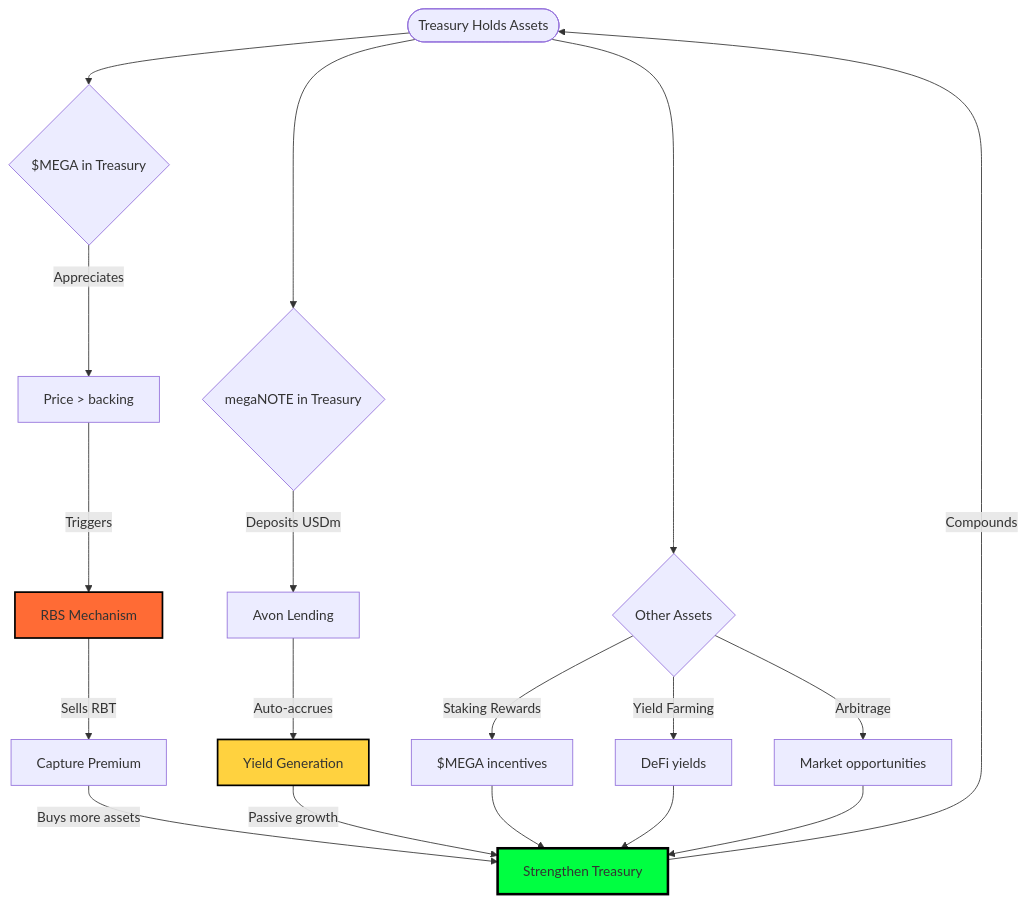
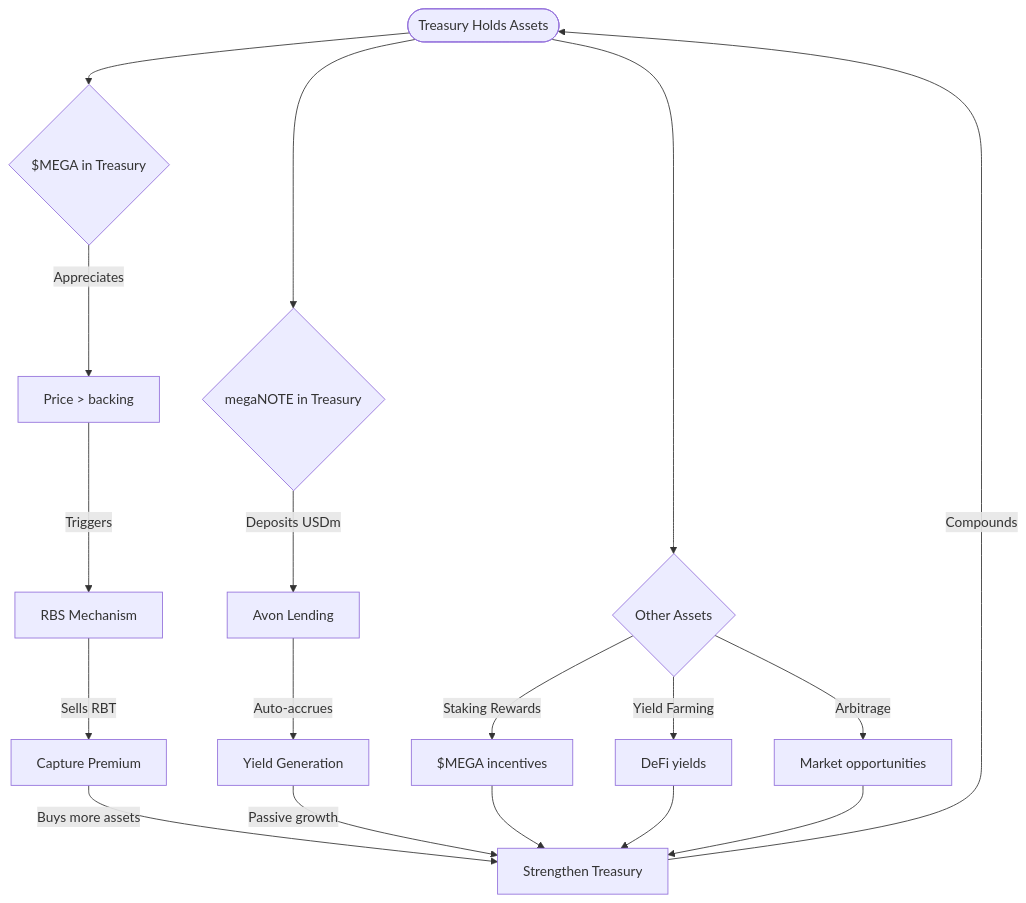
Before and after one commit to 0xJaehaerys/ohmega: the seventh of 10 diagrams in docs/NOTANOHMFORK_DIAGRAMS.md, drawn with Mermaid. The commit also changed other lines of this file, not shown here.

Commit message:
Remove colors from diagrams

````diff
--- a/docs/NOTANOHMFORK_DIAGRAMS.md
+++ b/docs/NOTANOHMFORK_DIAGRAMS.md
@@ -298,29 +282,25 @@
 ```mermaid
 flowchart TD
     START([Treasury Holds Assets]) --> MEGA{$MEGA in Treasury}
     START --> MNOTE{megaNOTE in Treasury}
     START --> OTHER{Other Assets}
     
     MEGA -->|Appreciates| PRICE[Price > backing]
     PRICE -->|Triggers| RBS[RBS Mechanism]
     RBS -->|Sells RBT| PROCEEDS[Capture Premium]
     PROCEEDS -->|Buys more assets| STRENGTHEN[Strengthen Treasury]
     
     MNOTE -->|Deposits USDm| AVON[Avon Lending]
     AVON -->|Auto-accrues| YIELD[Yield Generation]
     YIELD -->|Passive growth| STRENGTHEN
     
     OTHER -->|Staking Rewards| REWARDS[$MEGA incentives]
     OTHER -->|Yield Farming| FARM[DeFi yields]
     OTHER -->|Arbitrage| ARB[Market opportunities]
     
     REWARDS --> STRENGTHEN
     FARM --> STRENGTHEN
     ARB --> STRENGTHEN
     
     STRENGTHEN -->|Compounds| START
-    
-    style STRENGTHEN fill:#00ff41,stroke:#000,stroke-width:3px
-    style RBS fill:#ff6b35,stroke:#000,stroke-width:2px
-    style YIELD fill:#ffd23f,stroke:#000,stroke-width:2px
 ```
````
